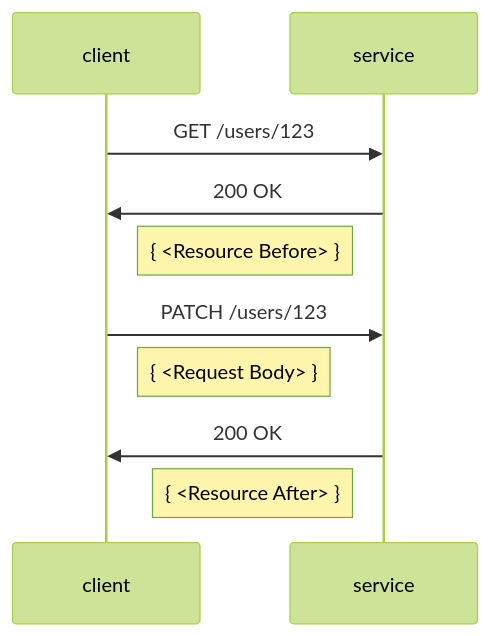
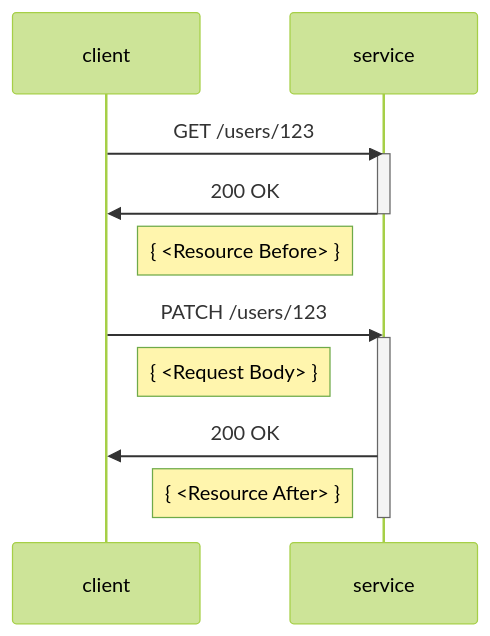
The second of 2 diagrams in patch-models/samples.md (annelo-msft/gists), drawn with Mermaid (forest theme) before and after one commit.

````diff
--- a/patch-models/samples.md
+++ b/patch-models/samples.md
@@ -157,10 +157,14 @@
 ```mermaid
 sequenceDiagram
     client->>service: GET /users/123
+    activate service
     service->>client: 200 OK
+    deactivate service
     Note left of service: { <Resource Before> }
     client->>service: PATCH /users/123
+    activate service
     Note right of client: { <Request Body> }
     service->>client: 200 OK
     Note left of service: { <Resource After> }
+    deactivate service
 ```
````
